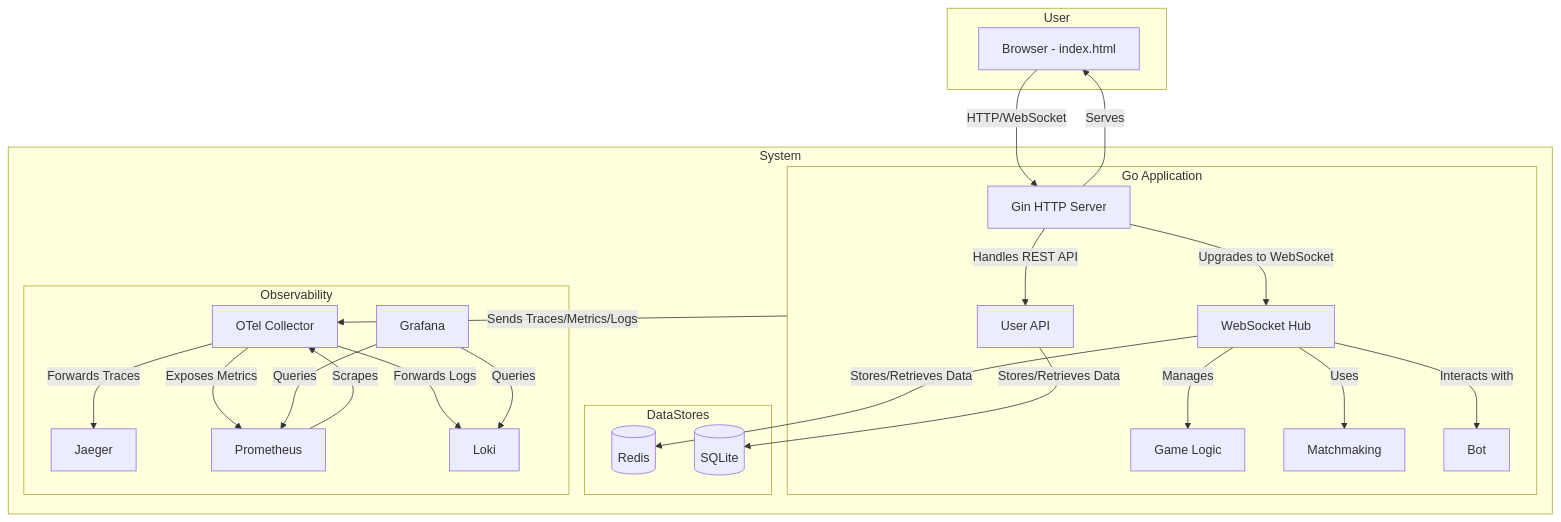
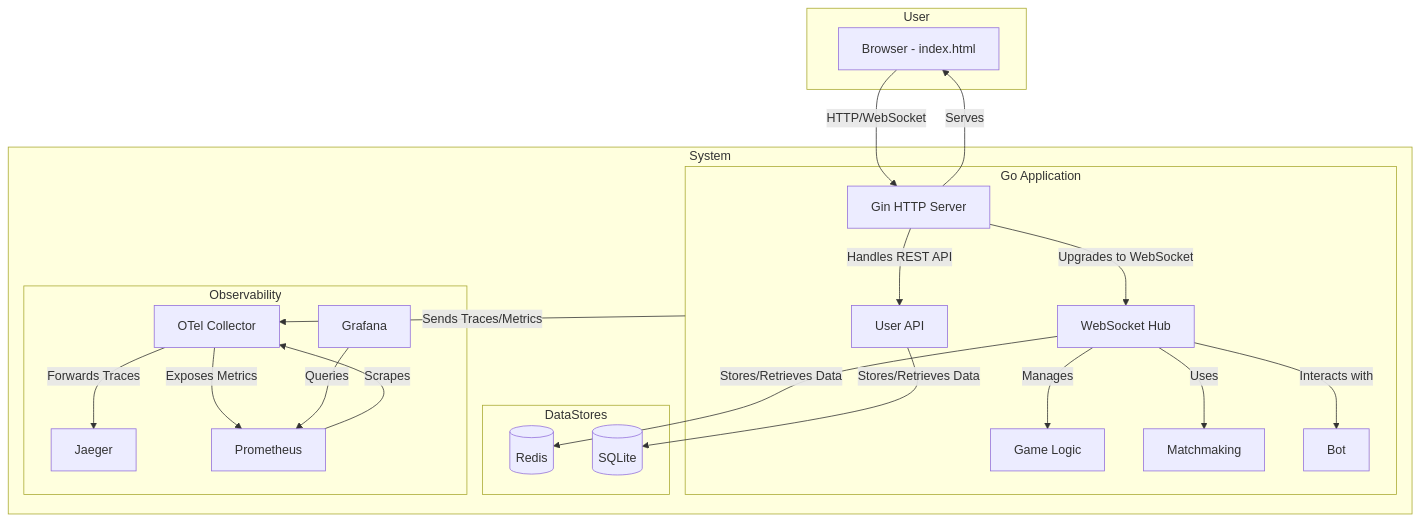
The diagram in README.md (ctchen222/Tic-Tac-Toe), drawn with Mermaid before and after one commit. The commit also changed other lines of this file and 6 other files, not shown here.

Commit message:
docs(readme, openspec): add openspec baseline & update badges and diagrams, clarify features

````diff
--- a/README.md
+++ b/README.md
@@ -47,50 +48,47 @@
 ```mermaid
 graph TD
     subgraph User
         Client[Browser - index.html]
     end
 
     subgraph System
         subgraph Backend [Go Application]
             Server[Gin HTTP Server]
             Hub[WebSocket Hub]
             GameLogic[Game Logic]
             Matchmaking[Matchmaking]
             Bot[Bot]
             UserAPI[User API]
         end
 
         subgraph DataStores
             Redis[(Redis)]
             SQLite[(SQLite)]
         end
 
         subgraph Observability
             Jaeger[Jaeger]
             Prometheus[Prometheus]
             Grafana[Grafana]
-            Loki[Loki]
             Otel[OTel Collector]
         end
     end
 
     Client -- HTTP/WebSocket --> Server
     Server -- Serves --> Client
     Server -- Handles REST API --> UserAPI
     Server -- Upgrades to WebSocket --> Hub
 
     Hub -- Manages --> GameLogic
     Hub -- Uses --> Matchmaking
     Hub -- Interacts with --> Bot
     Hub -- Stores/Retrieves Data --> Redis
 
     UserAPI -- Stores/Retrieves Data --> SQLite
 
-    Backend -- Sends Traces/Metrics/Logs --> Otel
+    Backend -- Sends Traces/Metrics --> Otel
     Otel -- Forwards Traces --> Jaeger
     Otel -- Exposes Metrics --> Prometheus
-    Otel -- Forwards Logs --> Loki
     Prometheus -- Scrapes --> Otel
     Grafana -- Queries --> Prometheus
-    Grafana -- Queries --> Loki
 ```
````
